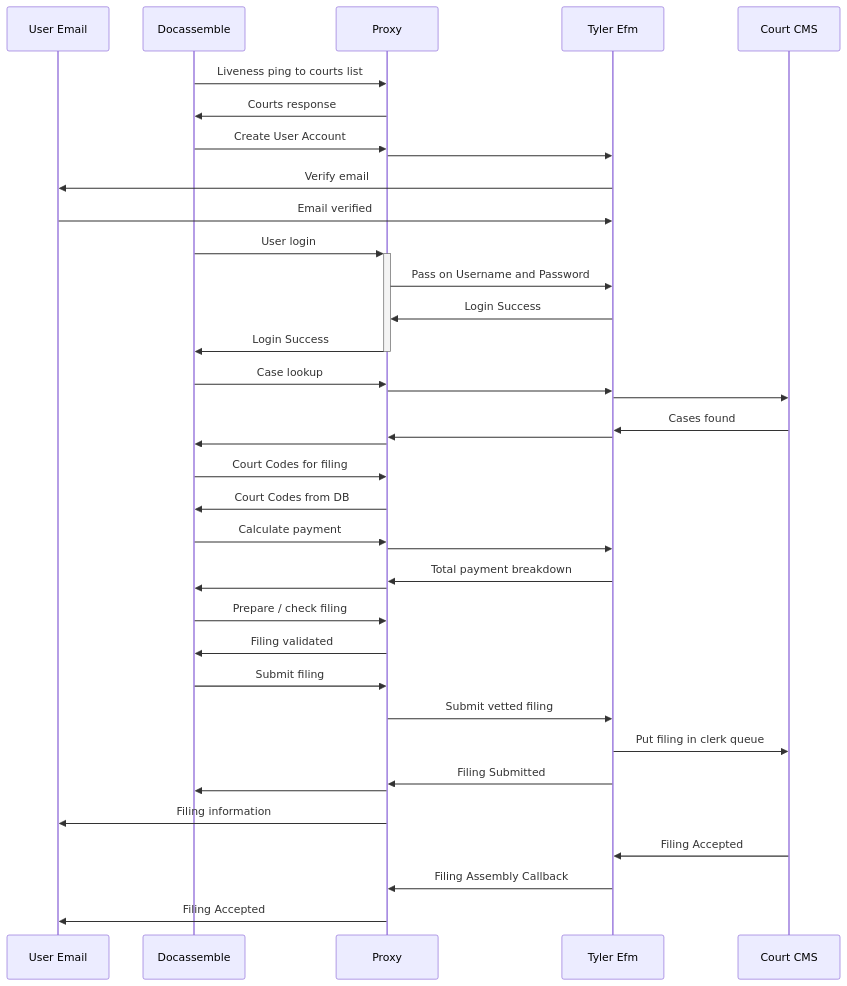
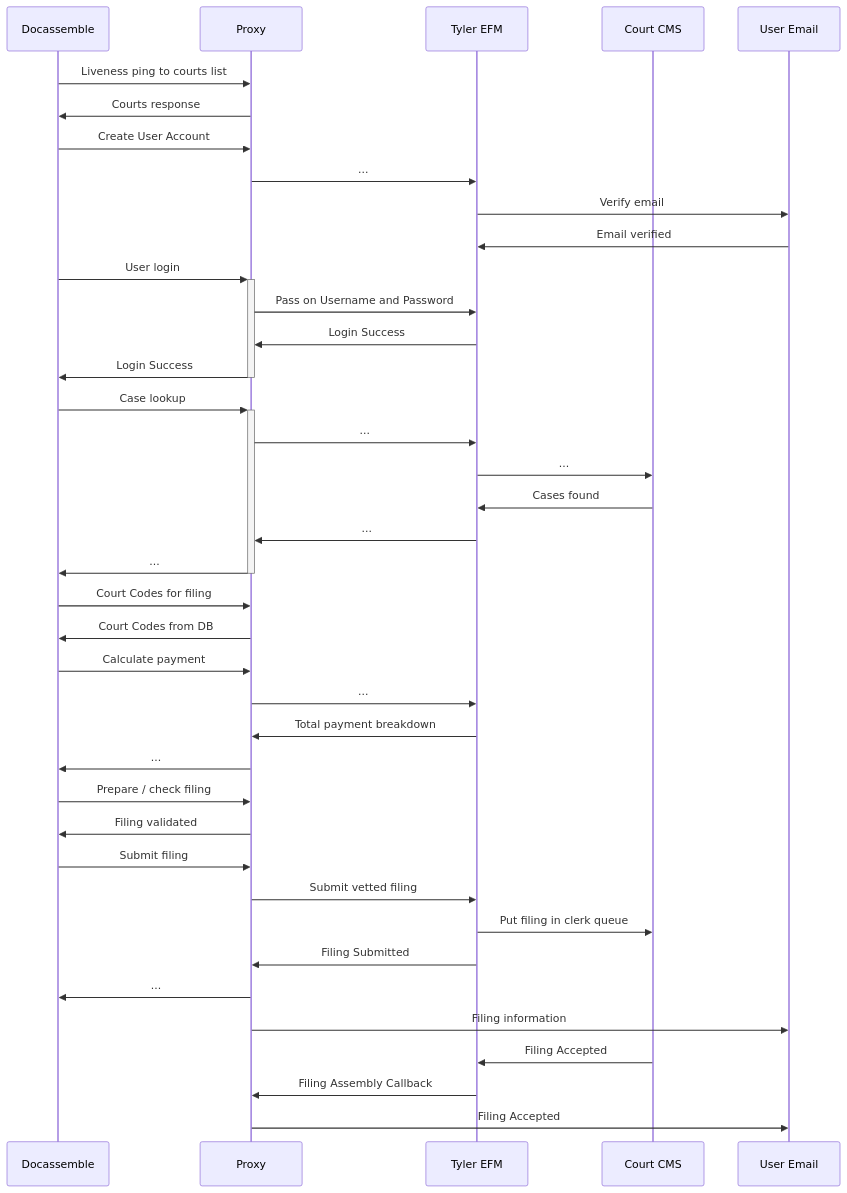
Before and after one commit to SuffolkLITLab/EfileProxyServer: the diagram in docs/architecture.md, drawn with Mermaid. The commit also changed other lines of this file and 7 other files, not shown here.

````diff
--- a/docs/architecture.md
+++ b/docs/architecture.md
@@ -97,37 +95,41 @@
 ```mermaid
 sequenceDiagram
+    participant Docassemble
+    participant Proxy
+    participant Tyler EFM
+    participant Court CMS
     participant User Email
     Docassemble->>Proxy: Liveness ping to courts list
     Proxy->>Docassemble: Courts response
     Docassemble->>Proxy: Create User Account
-    Proxy->>Tyler Efm:
-    Tyler Efm->>User Email: Verify email
-    User Email->>Tyler Efm: Email verified
+    Proxy->>Tyler EFM: ...
+    Tyler EFM->>User Email: Verify email
+    User Email->>Tyler EFM: Email verified
     Docassemble->>+Proxy: User login
-    Proxy->>Tyler Efm: Pass on Username and Password
-    Tyler Efm->>Proxy: Login Success
+    Proxy->>Tyler EFM: Pass on Username and Password
+    Tyler EFM->>Proxy: Login Success
     Proxy->>-Docassemble: Login Success
-    Docassemble->>Proxy: Case lookup
-    Proxy->>Tyler Efm:
-    Tyler Efm->>Court CMS:
-    Court CMS->>Tyler Efm: Cases found
-    Tyler Efm->>Proxy:
-    Proxy->> Docassemble:
+    Docassemble->>+Proxy: Case lookup
+    Proxy->>Tyler EFM: ...
+    Tyler EFM->>Court CMS: ...
+    Court CMS->>Tyler EFM: Cases found
+    Tyler EFM->>Proxy: ...
+    Proxy->>-Docassemble: ...
     Docassemble->>Proxy: Court Codes for filing
     Proxy->>Docassemble: Court Codes from DB
     Docassemble->>Proxy: Calculate payment
-    Proxy->>Tyler Efm:
-    Tyler Efm->>Proxy: Total payment breakdown
-    Proxy->>Docassemble:
+    Proxy->>Tyler EFM: ...
+    Tyler EFM->>Proxy: Total payment breakdown
+    Proxy->>Docassemble: ...
     Docassemble->>Proxy: Prepare / check filing
     Proxy->>Docassemble: Filing validated
     Docassemble->>Proxy: Submit filing
-    Proxy->>Tyler Efm: Submit vetted filing
-    Tyler Efm->>Court CMS: Put filing in clerk queue
-    Tyler Efm->>Proxy: Filing Submitted
-    Proxy->>Docassemble:
+    Proxy->>Tyler EFM: Submit vetted filing
+    Tyler EFM->>Court CMS: Put filing in clerk queue
+    Tyler EFM->>Proxy: Filing Submitted
+    Proxy->>Docassemble: ...
     Proxy->>User Email: Filing information
-    Court CMS->>Tyler Efm: Filing Accepted
-    Tyler Efm->>Proxy: Filing Assembly Callback
+    Court CMS->>Tyler EFM: Filing Accepted
+    Tyler EFM->>Proxy: Filing Assembly Callback
     Proxy->>User Email: Filing Accepted
 ```
````
